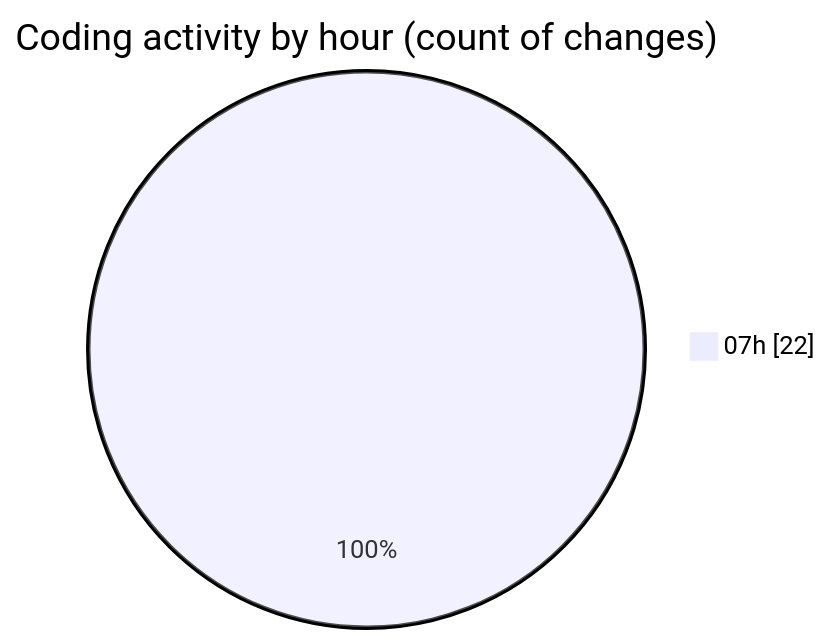
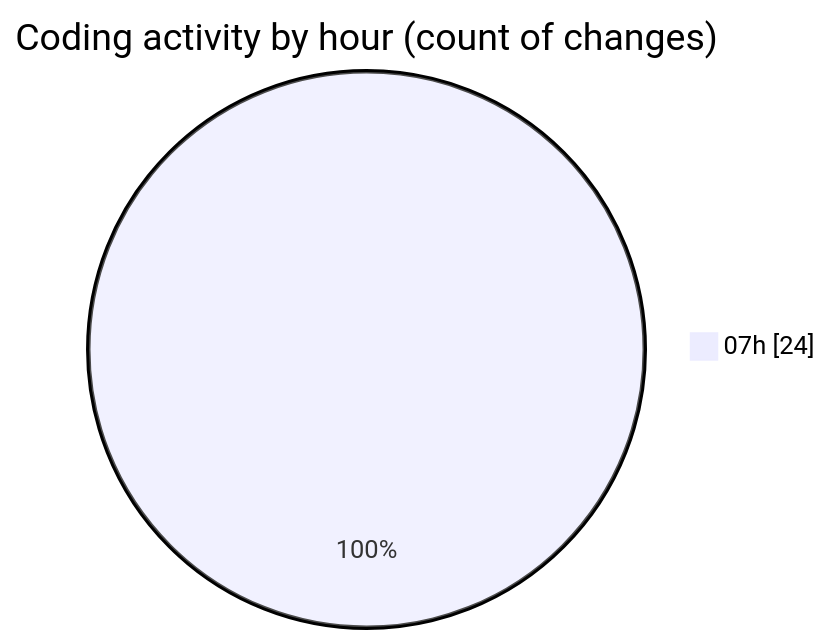
Before and after one commit to robertbonfada/code-tracking: the second of 2 diagrams in 2025-01-17/mbc-web/README.md, drawn with Mermaid. The commit also changed other lines of this file and 1 other file, not shown here.

````diff
--- a/2025-01-17/mbc-web/README.md
+++ b/2025-01-17/mbc-web/README.md
@@ -35,5 +36,5 @@
 ```mermaid
 pie showData
 title Coding activity by hour (count of changes)
-"07h" : 22
+"07h" : 24
 ```
````
